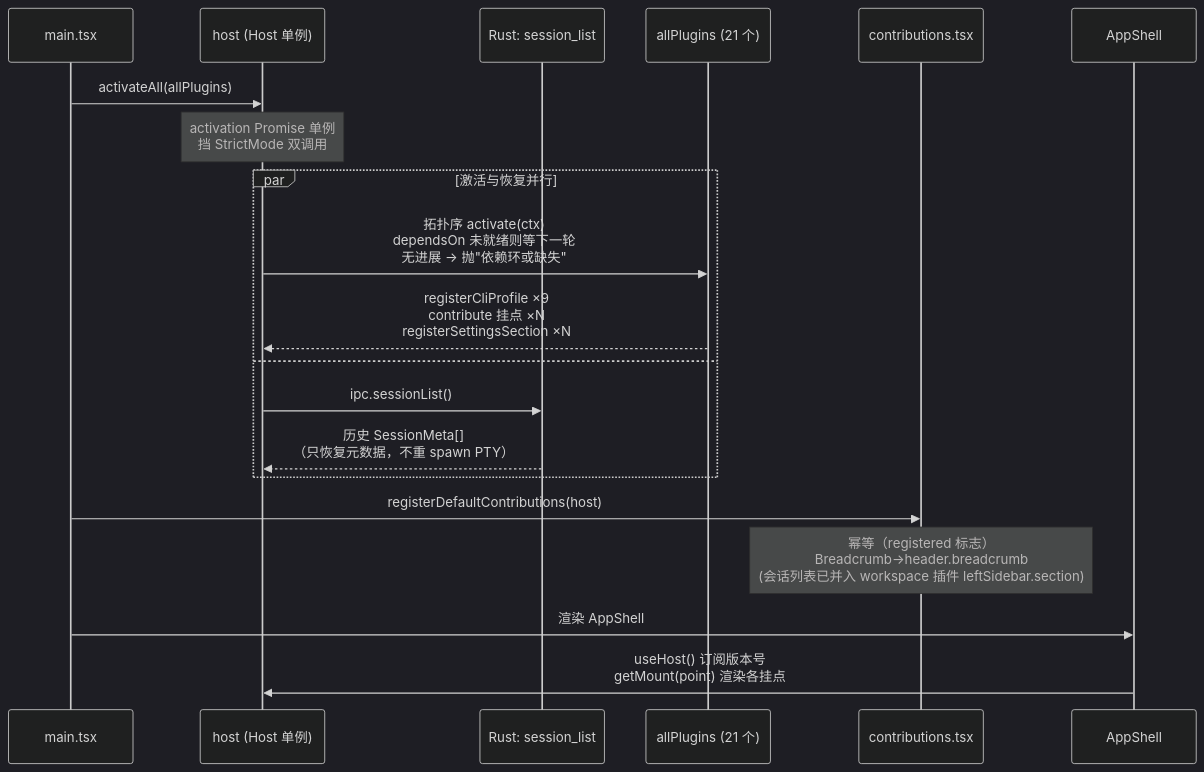
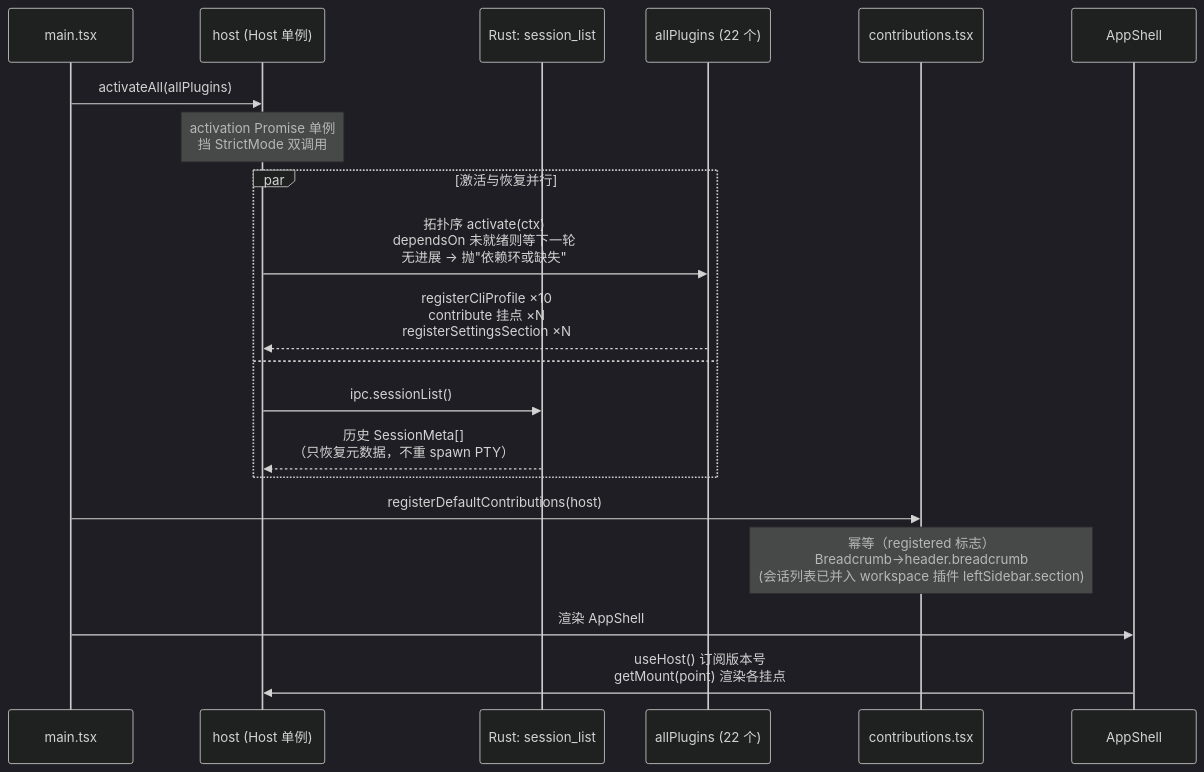
The second of 8 diagrams in docs/architecture/02-code-architecture.md (chenxiangning/tmd-cli), drawn with Mermaid (dark theme) before and after one commit. The commit also changed other lines of this file and 52 other files, not shown here.

````diff
--- a/docs/architecture/02-code-architecture.md
+++ b/docs/architecture/02-code-architecture.md
@@ -121,23 +121,23 @@
 ```mermaid
 sequenceDiagram
     participant M as main.tsx
     participant H as host (Host 单例)
     participant R as Rust: session_list
-    participant P as allPlugins (21 个)
+    participant P as allPlugins (22 个)
     participant C as contributions.tsx
     participant A as AppShell
 
     M->>H: activateAll(allPlugins)
     Note over H: activation Promise 单例<br/>挡 StrictMode 双调用
     par 激活与恢复并行
         H->>P: 拓扑序 activate(ctx)<br/>dependsOn 未就绪则等下一轮<br/>无进展 → 抛"依赖环或缺失"
-        P-->>H: registerCliProfile ×9<br/>contribute 挂点 ×N<br/>registerSettingsSection ×N
+        P-->>H: registerCliProfile ×10<br/>contribute 挂点 ×N<br/>registerSettingsSection ×N
     and
         H->>R: ipc.sessionList()
         R-->>H: 历史 SessionMeta[]<br/>（只恢复元数据，不重 spawn PTY）
     end
     M->>C: registerDefaultContributions(host)
     Note over C: 幂等（registered 标志）<br/>Breadcrumb→header.breadcrumb<br/>(会话列表已并入 workspace 插件 leftSidebar.section)
     M->>A: 渲染 AppShell
     A->>H: useHost() 订阅版本号<br/>getMount(point) 渲染各挂点
 ```
````
